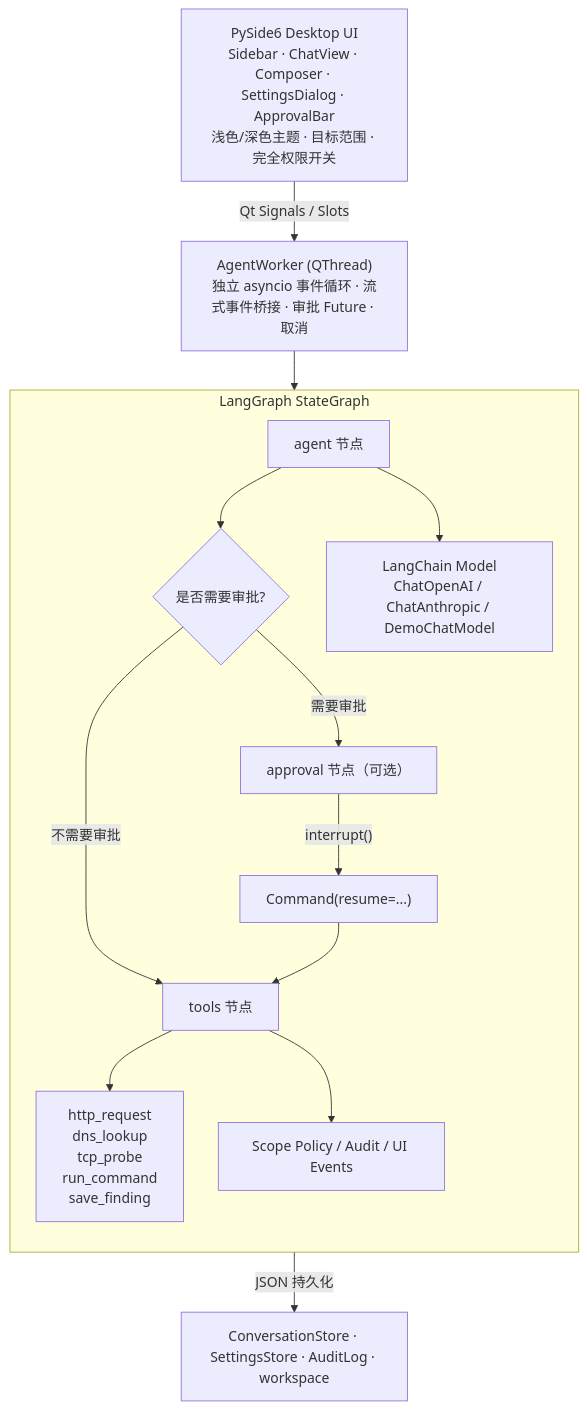
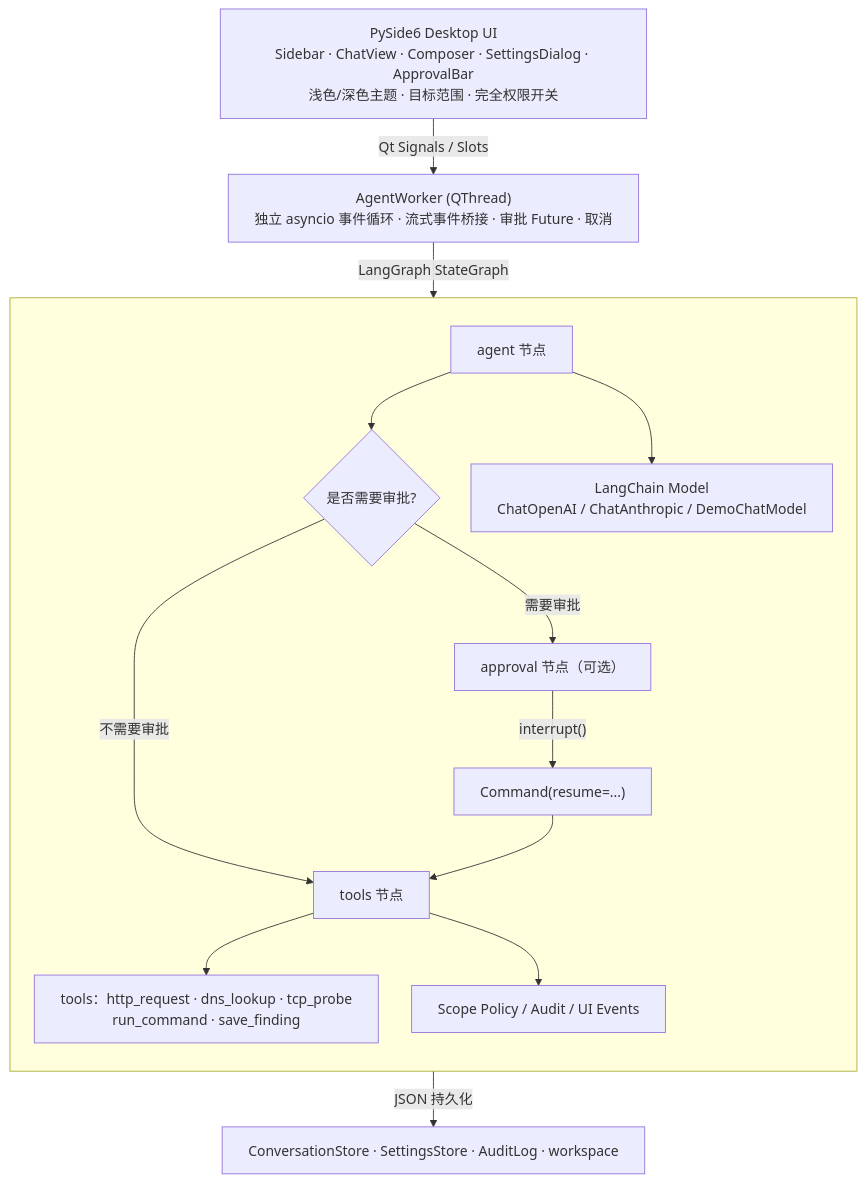
One commit to Surysaki/surysaki.github.io changed the first of 3 diagrams in content/posts/SSsec/index.md. Above: the diagram before and after it, drawn with Mermaid. The commit also changed other lines of this file and 2 other files, not shown here.

Commit message:
改动

````diff
--- a/content/posts/SSsec/index.md
+++ b/content/posts/SSsec/index.md
@@ -430,33 +430,33 @@
 ```mermaid
-%%{init: {"flowchart": {"nodeSpacing": 40, "rankSpacing": 45}}}%%
+%%{init: {"flowchart": {"nodeSpacing": 36, "rankSpacing": 40, "wrappingWidth": 430}}}%%
 flowchart TB
     UI["PySide6 Desktop UI<br/>Sidebar · ChatView · Composer · SettingsDialog · ApprovalBar<br/>浅色/深色主题 · 目标范围 · 完全权限开关"]
 
     W["AgentWorker (QThread)<br/>独立 asyncio 事件循环 · 流式事件桥接 · 审批 Future · 取消"]
 
-    subgraph SG["LangGraph StateGraph"]
+    subgraph SG[" "]
         direction TB
         A["agent 节点"]
         Q{"是否需要审批?"}
         AP["approval 节点（可选）"]
         T["tools 节点"]
         M["LangChain Model<br/>ChatOpenAI / ChatAnthropic / DemoChatModel"]
-        TL["http_request<br/>dns_lookup<br/>tcp_probe<br/>run_command<br/>save_finding"]
+        TL["tools：http_request · dns_lookup · tcp_probe<br/>run_command · save_finding"]
         P["Scope Policy / Audit / UI Events"]
         R["Command(resume=...)"]
     end
 
     DB["ConversationStore · SettingsStore · AuditLog · workspace"]
 
     UI -- "Qt Signals / Slots" --> W
-    W --> A
+    W -- "LangGraph StateGraph" --> A
     A --> Q
     A --> M
     Q -- "需要审批" --> AP
     Q -- "不需要审批" --> T
     AP -- "interrupt()" --> R
     R --> T
     T --> TL
     T --> P
     P -- "JSON 持久化" --> DB
 ```
````
